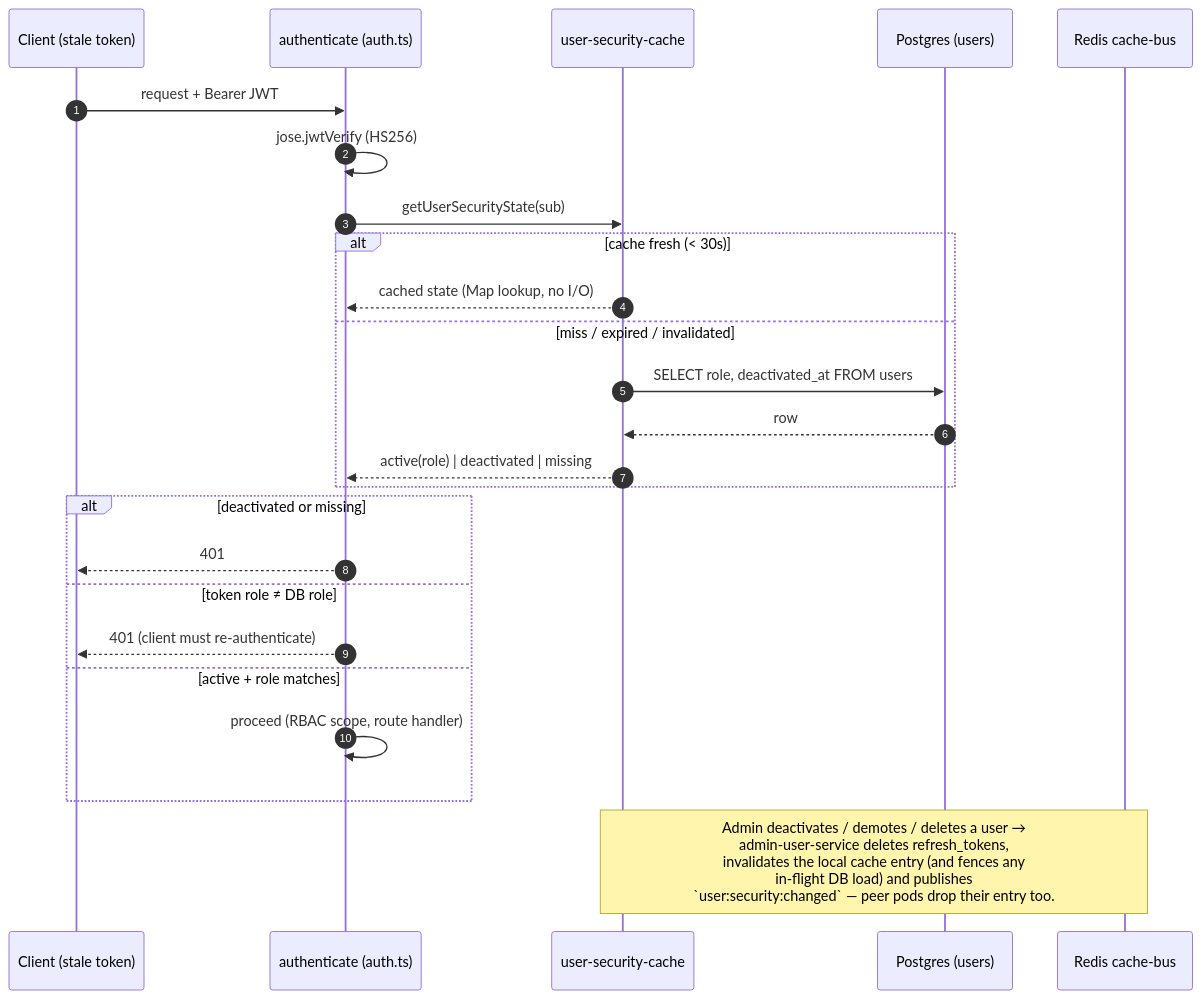
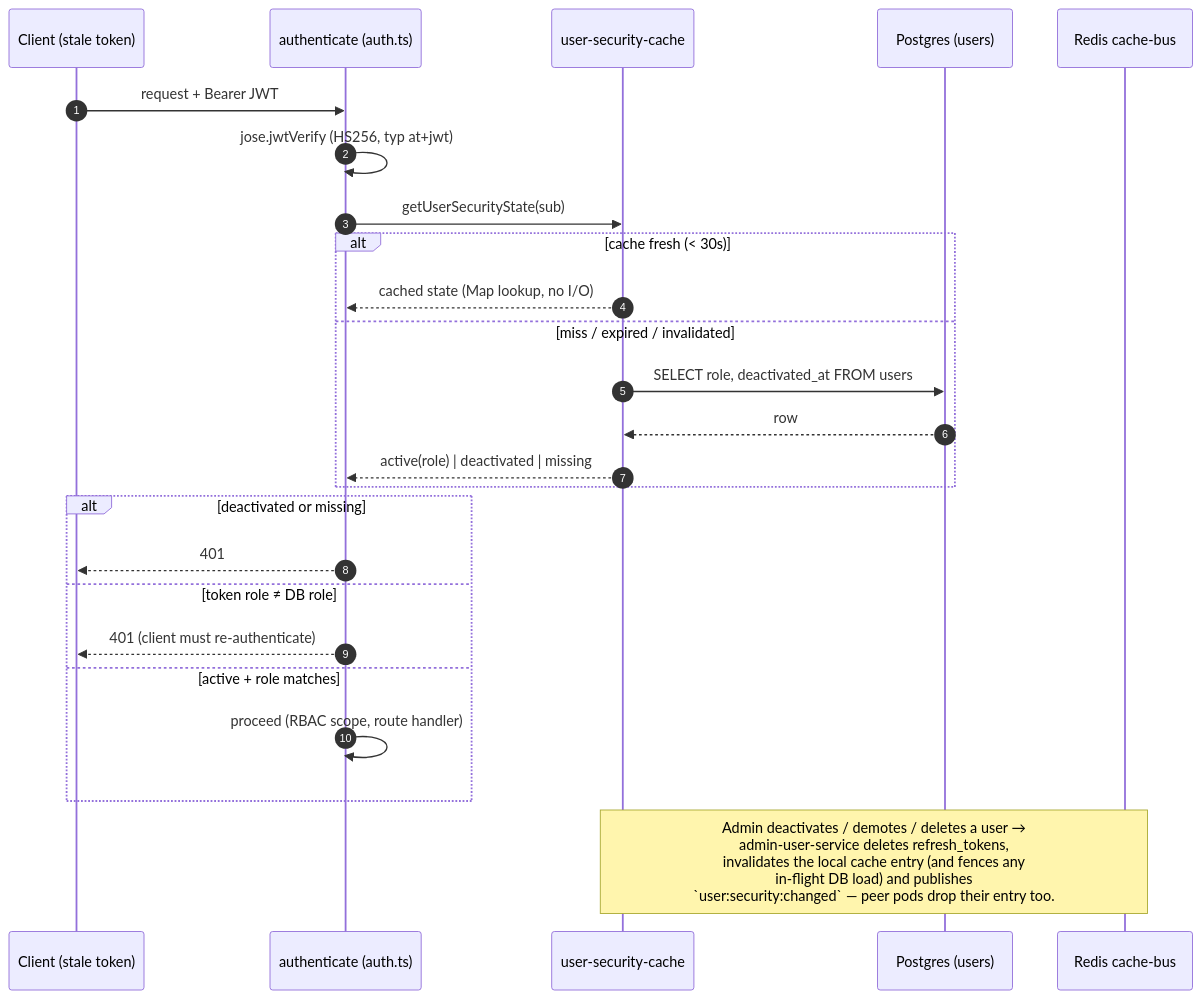
One commit to Compendiq/compendiq-ce changed the third of 4 diagrams in docs/architecture/07-flow-auth.md. Above: the diagram before and after it, drawn with Mermaid. The commit also changed other lines of this file and 6 other files, not shown here.

````diff
--- a/docs/architecture/07-flow-auth.md
+++ b/docs/architecture/07-flow-auth.md
@@ -295,29 +327,29 @@
 ```mermaid
 sequenceDiagram
     autonumber
     participant C as Client (stale token)
     participant BE as authenticate (auth.ts)
     participant UC as user-security-cache
     participant DB as Postgres (users)
     participant RB as Redis cache-bus
 
     C->>BE: request + Bearer JWT
-    BE->>BE: jose.jwtVerify (HS256)
+    BE->>BE: jose.jwtVerify (HS256, typ at+jwt)
     BE->>UC: getUserSecurityState(sub)
     alt cache fresh (< 30s)
         UC-->>BE: cached state (Map lookup, no I/O)
     else miss / expired / invalidated
         UC->>DB: SELECT role, deactivated_at FROM users
         DB-->>UC: row
         UC-->>BE: active(role) | deactivated | missing
     end
     alt deactivated or missing
         BE-->>C: 401
     else token role ≠ DB role
         BE-->>C: 401 (client must re-authenticate)
     else active + role matches
         BE->>BE: proceed (RBAC scope, route handler)
     end
 
     Note over RB,UC: Admin deactivates / demotes / deletes a user →<br/>admin-user-service deletes refresh_tokens,<br/>invalidates the local cache entry (and fences any<br/>in-flight DB load) and publishes<br/>`user:security:changed` — peer pods drop their entry too.
 ```
````
